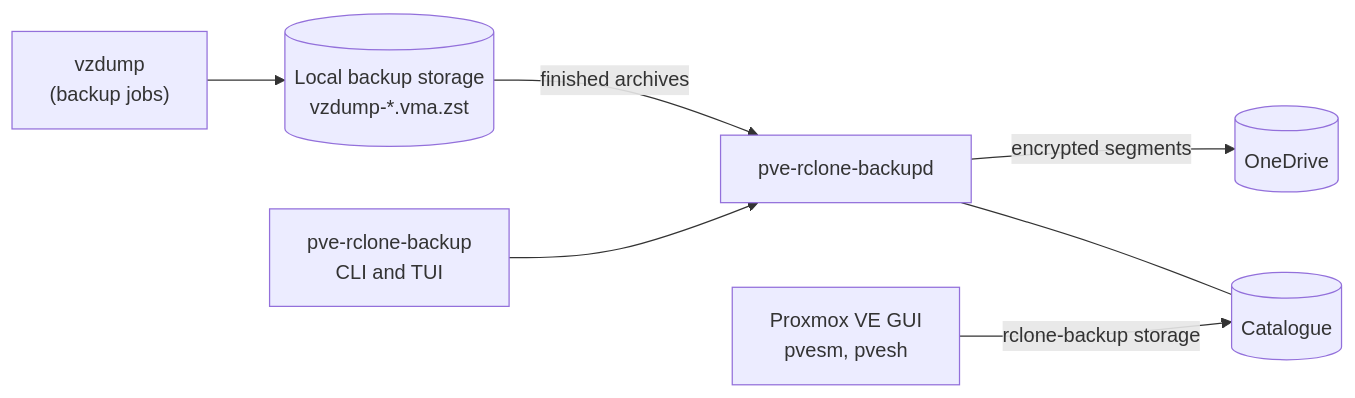
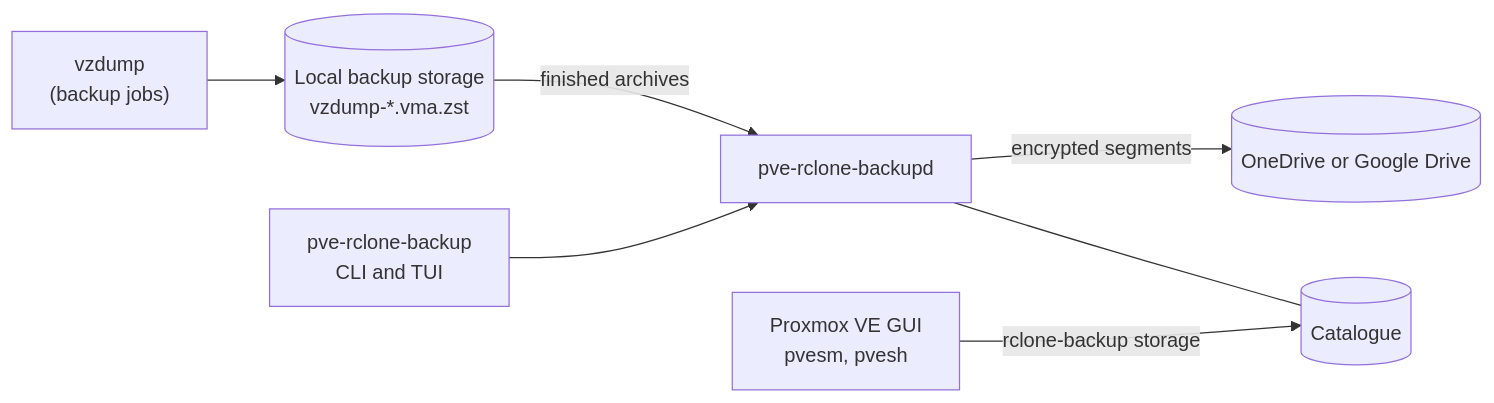
The diagram in docs/index.md (ariedotcodotnz/pve-rclone-backup), drawn with Mermaid before and after one commit. The commit also changed other lines of this file and 45 other files, not shown here.

First line of the commit message:
Add Google Drive support alongside OneDrive and extend functionality

````diff
--- a/docs/index.md
+++ b/docs/index.md
@@ -28,9 +28,9 @@
 ```mermaid
 flowchart LR
     vzdump["vzdump<br/>(backup jobs)"] --> local[("Local backup storage<br/>vzdump-*.vma.zst")]
     local -- "finished archives" --> daemon["pve-rclone-backupd"]
-    daemon -- "encrypted segments" --> cloud[("OneDrive")]
+    daemon -- "encrypted segments" --> cloud[("OneDrive or Google Drive")]
     daemon --- catalogue[("Catalogue")]
     pve["Proxmox VE GUI<br/>pvesm, pvesh"] -- "rclone-backup storage" --> catalogue
     cli["pve-rclone-backup<br/>CLI and TUI"] --> daemon
 ```
````
